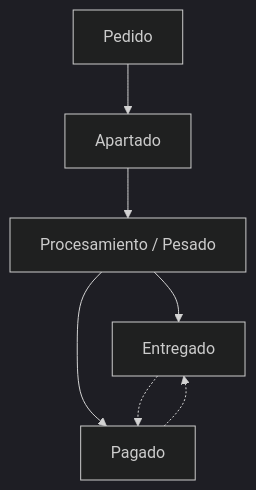
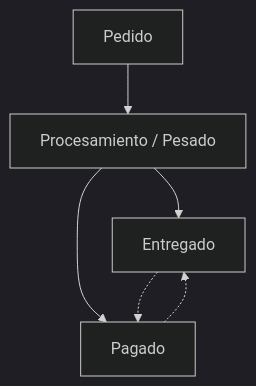
Before and after one commit to BehLik/Arrax: the fourth of 4 diagrams in README.md, drawn with Mermaid (dark theme). The commit also changed other lines of this file, not shown here.

````diff
--- a/README.md
+++ b/README.md
@@ -524,9 +535,8 @@
 ```mermaid
 flowchart TD
-    P["Pedido"] --> A["Apartado"]
-    A --> S["Procesamiento / Pesado"]
+    P["Pedido"] --> S["Procesamiento / Pesado"]
     S --> E["Entregado"]
     S --> G["Pagado"]
     E -.-> G
     G -.-> E
 ```
````
